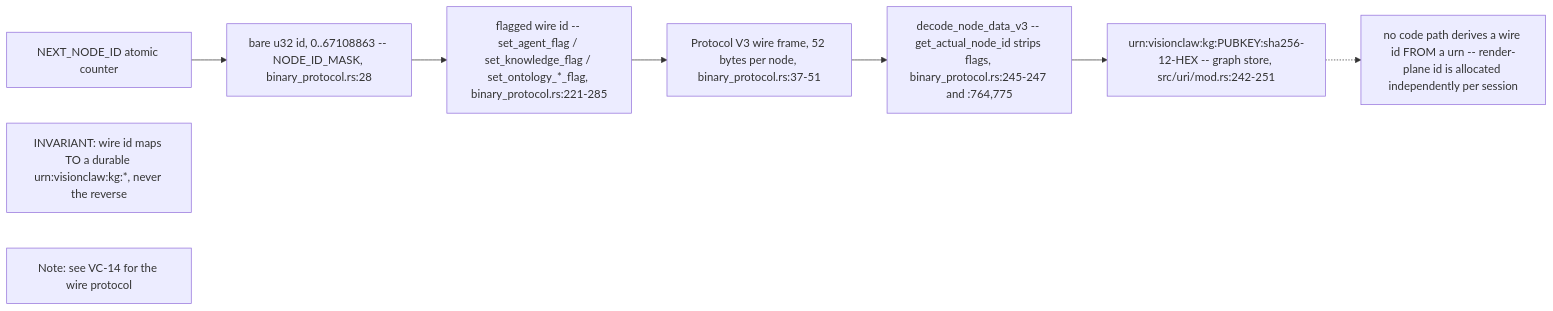
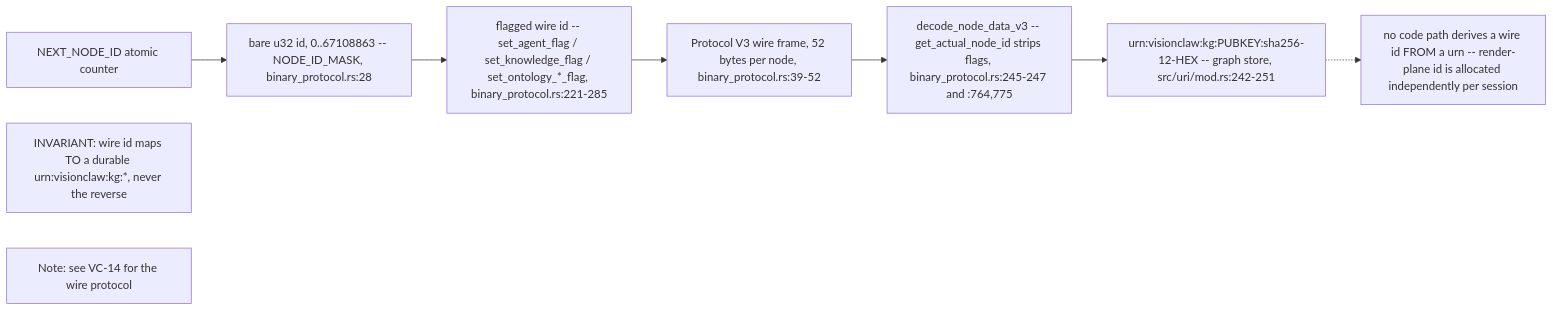
One commit to DreamLab-AI/VisionFlow changed the eighth of 10 diagrams in docs/diagrams/visionclaw/23-identifiers-urn-did-sha12.md. Above: the diagram before and after it, drawn with Mermaid. The commit also changed other lines of this file and 173 other files, not shown here.

````diff
--- a/docs/diagrams/visionclaw/23-identifiers-urn-did-sha12.md
+++ b/docs/diagrams/visionclaw/23-identifiers-urn-did-sha12.md
@@ -306,11 +307,11 @@
 ```mermaid
 flowchart LR
     Counter["NEXT_NODE_ID atomic counter"] --> BareId["bare u32 id, 0..67108863 -- NODE_ID_MASK, binary_protocol.rs:28"]
     BareId --> Flagged["flagged wire id -- set_agent_flag / set_knowledge_flag / set_ontology_*_flag, binary_protocol.rs:221-285"]
-    Flagged --> Wire["Protocol V3 wire frame, 52 bytes per node, binary_protocol.rs:37-51"]
+    Flagged --> Wire["Protocol V3 wire frame, 52 bytes per node, binary_protocol.rs:39-52"]
     Wire --> Decode["decode_node_data_v3 -- get_actual_node_id strips flags, binary_protocol.rs:245-247 and :764,775"]
     Decode --> Durable["urn:visionclaw:kg:PUBKEY:sha256-12-HEX -- graph store, src/uri/mod.rs:242-251"]
     Durable -.-> NoReverse["no code path derives a wire id FROM a urn -- render-plane id is allocated independently per session"]
     Inv["INVARIANT: wire id maps TO a durable urn:visionclaw:kg:*, never the reverse"]
     SeeNote["Note: see VC-14 for the wire protocol"]
 ```
````
